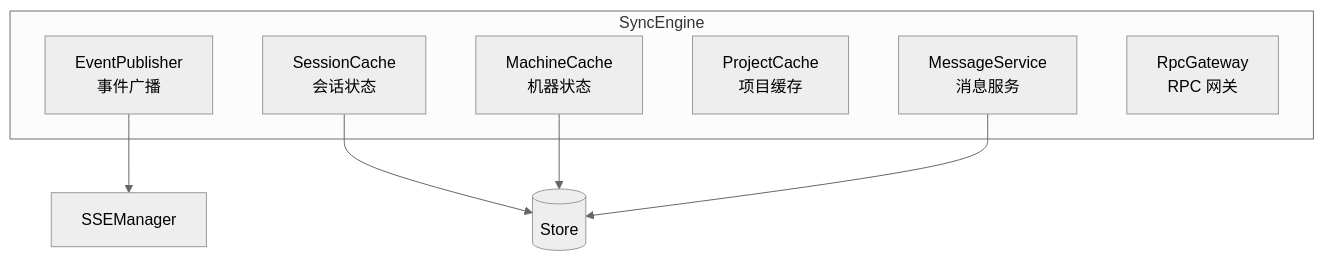
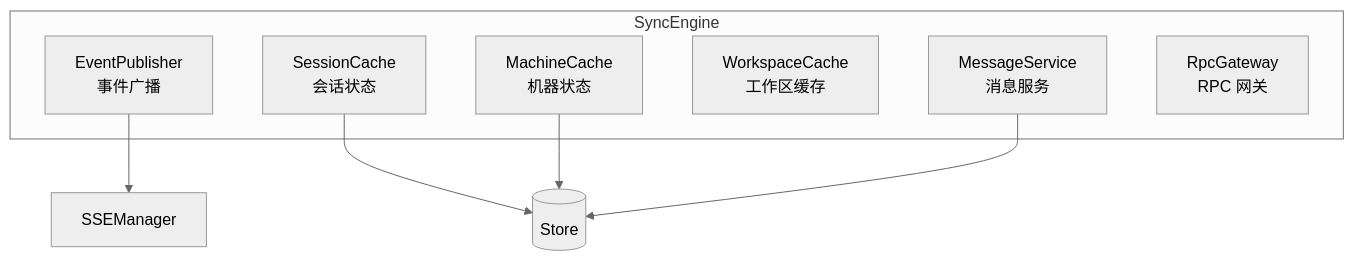
The fourth of 8 diagrams in docs/architecture/hub/sync/README.md (ModuBit/mobi), drawn with Mermaid (neutral theme) before and after one commit. The commit also changed other lines of this file and 188 other files, not shown here.

````diff
--- a/docs/architecture/hub/sync/README.md
+++ b/docs/architecture/hub/sync/README.md
@@ -46,16 +46,16 @@
 ```mermaid
 graph TB
     subgraph SyncEngine
         EP[EventPublisher<br/>事件广播]
         SC[SessionCache<br/>会话状态]
         MC[MachineCache<br/>机器状态]
-        PC[ProjectCache<br/>项目缓存]
+        PC[WorkspaceCache<br/>工作区缓存]
         MS[MessageService<br/>消息服务]
         RG[RpcGateway<br/>RPC 网关]
     end
 
     EP --> SSE[SSEManager]
     SC --> Store[(Store)]
     MC --> Store
     MS --> Store
 ```
````
